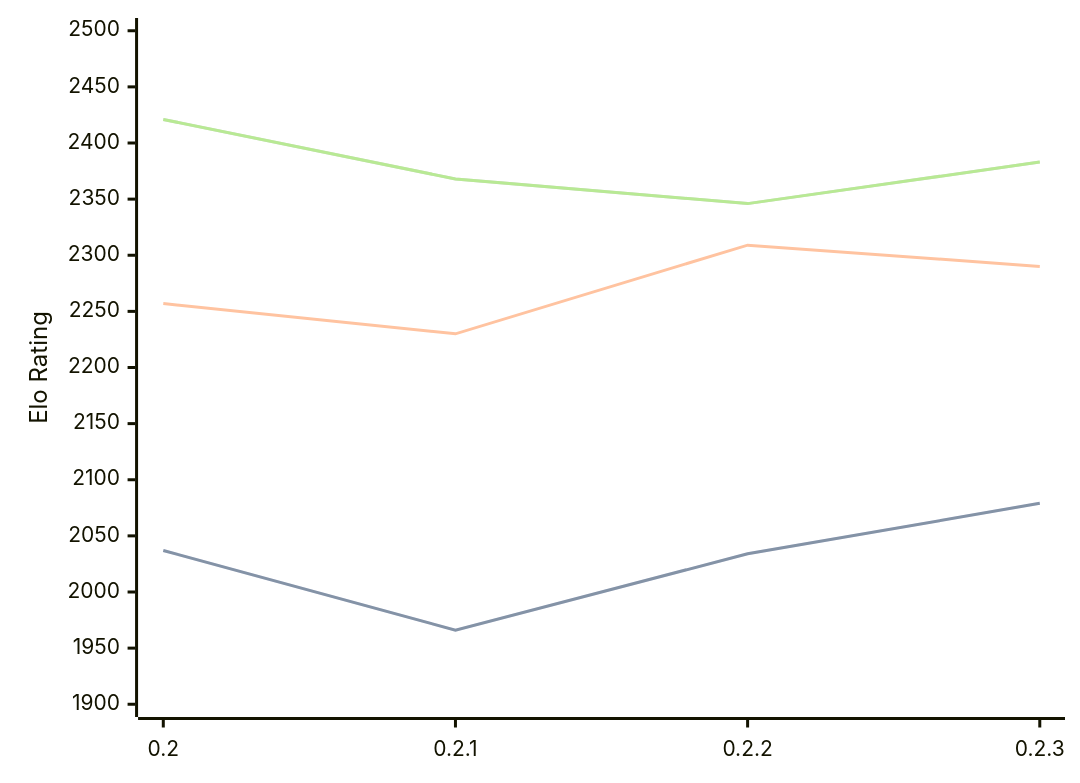
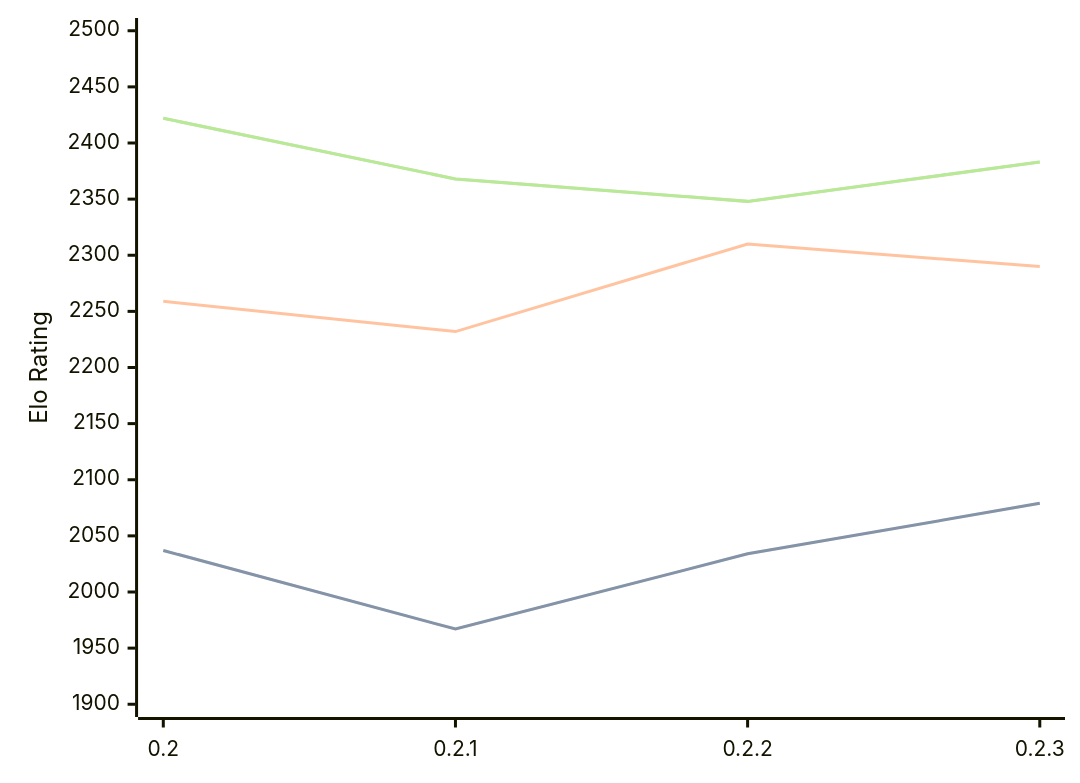
One commit to computer-chess-index/cci changed the diagram in engines/Lolbot.md. Above: the diagram before and after it, drawn with Mermaid. The commit also changed other lines of this file, not shown here.

Commit message:
Update CCI Ratings (ELO VLTC) - 2026-02-18

````diff
--- a/engines/Lolbot.md
+++ b/engines/Lolbot.md
@@ -32,11 +32,11 @@
 ```mermaid
 %%{init: {"theme":"base","themeVariables":{"seriesColors:['#a3a3a3','#222221','#faa371']}}}%%
 xychart-beta
   x-axis ["0.2", "0.2.1", "0.2.2", "0.2.3"]
   y-axis "Elo Rating" 1900 --> 2500
-  line "STC (8.0+0.08s)" [2037, 1966, 2034, 2079]
-  line "STC (8.0+0.08s)" [2037, 1966, 2034, 2079]
-  line "LTC (60.0+0.60s)" [2257, 2230, 2309, 2290]
-  line "VLTC (2m24s+1.12s)" [2421, 2368, 2346, 2383]
-  line "VLTC (2m24s+1.12s)" [2421, 2368, 2346, 2383]
+  line "STC (8.0+0.08s)" [2037, 1967, 2034, 2079]
+  line "STC (8.0+0.08s)" [2037, 1967, 2034, 2079]
+  line "LTC (60.0+0.60s)" [2259, 2232, 2310, 2290]
+  line "VLTC (2m24s+1.12s)" [2422, 2368, 2348, 2383]
+  line "VLTC (2m24s+1.12s)" [2422, 2368, 2348, 2383]
 ```
````
